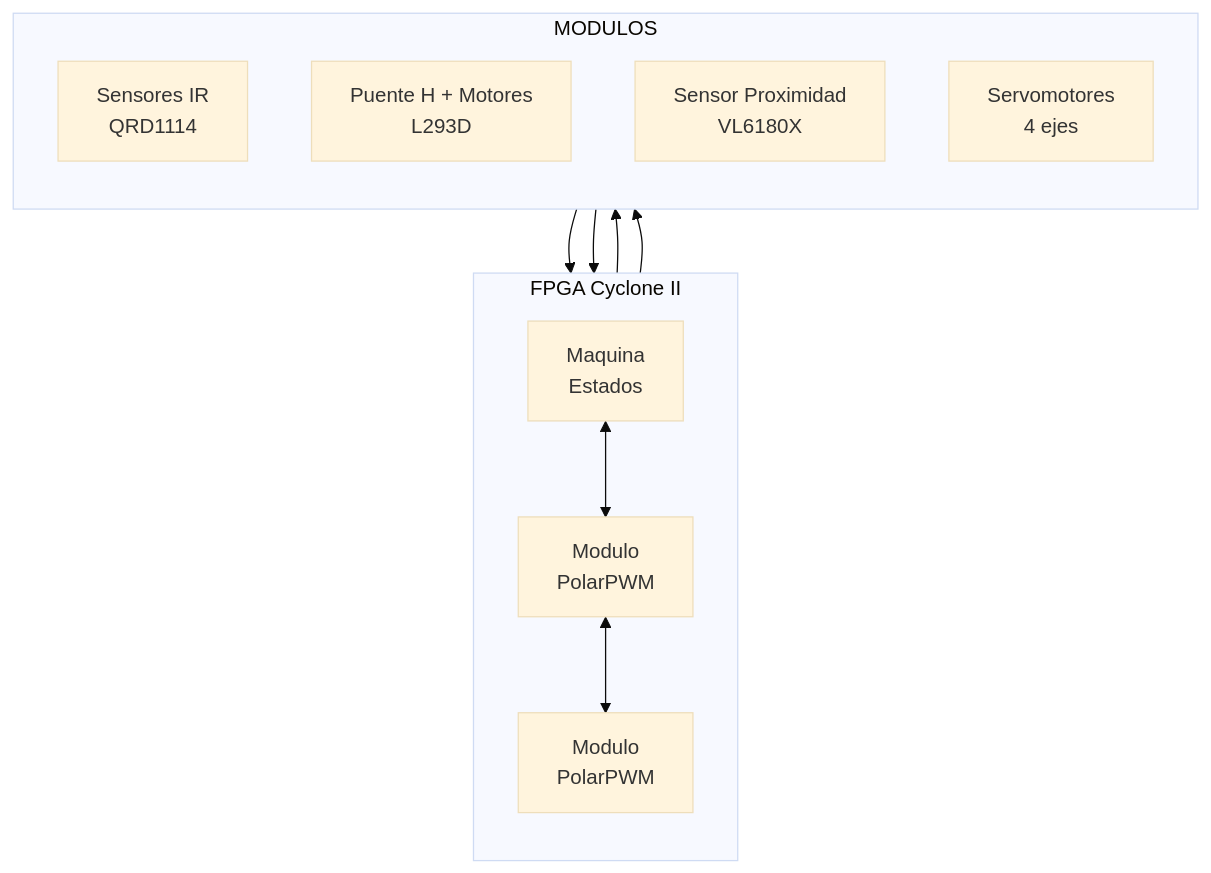
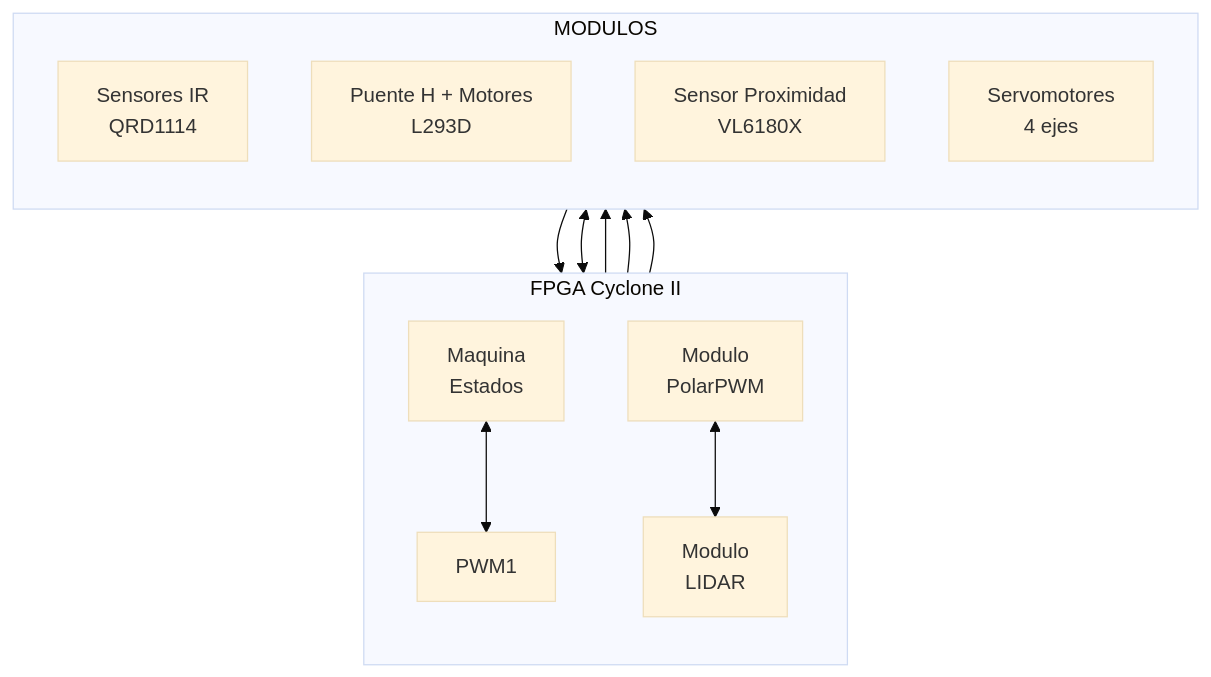
Before and after one commit to Actronix09/SeguidorLinea_Brazo: the first of 2 diagrams in README.md, drawn with Mermaid (base theme).

Commit message:
Correciones mermaid

````diff
--- a/README.md
+++ b/README.md
@@ -82,29 +82,30 @@
 ```mermaid
 flowchart TB
 
     subgraph FPGA["FPGA Cyclone II"]
         direction TB
 
         SM["Maquina<br/>Estados"]
-        PWM1["Modulo<br/>PolarPWM"]
-        PWM2["Modulo<br/>PolarPWM"]
+        PWM["Modulo<br/>PolarPWM"]
+        LIDAR["Modulo<br/>LIDAR"]
 
         SM <--> PWM1
-        PWM1 <--> PWM2
+        PWM <--> LIDAR
     end
 
     subgraph MODULOS
         direction TB
 
         IR["Sensores IR<br/>QRD1114"]
         HBRIDGE["Puente H + Motores<br/>L293D"]
         PROX["Sensor Proximidad<br/>VL6180X"]
         SERVO["Servomotores<br/>4 ejes"]
     end
 
     IR --> SM
     SM --> HBRIDGE
 
-    PROX --> PWM1
-    PWM1 --> SERVO
+    PROX <--> LIDAR
+    PWM --> SERVO
+    LIDAR --> SERVO
 ```
````
